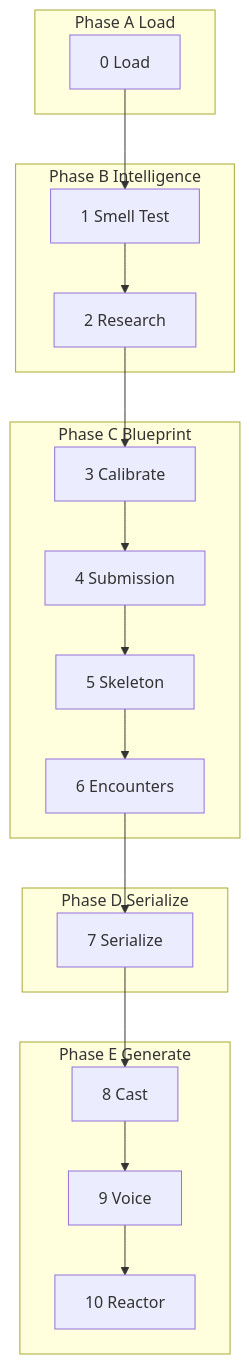
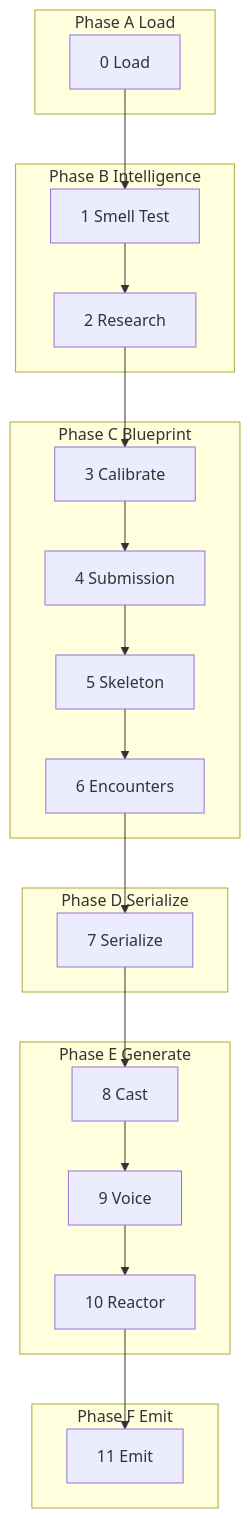
The diagram in packages/agora/src/agora/agora.md (cppalliance/wg21-paperflow), drawn with Mermaid before and after one commit. The commit also changed other lines of this file and 17 other files, not shown here.

````diff
--- a/packages/agora/src/agora/agora.md
+++ b/packages/agora/src/agora/agora.md
@@ -13,34 +15,38 @@
 ```mermaid
 flowchart TD
     subgraph load [Phase A Load]
         S0[0 Load]
     end
     subgraph intelligence [Phase B Intelligence]
         S1[1 Smell Test]
         S2[2 Research]
     end
     subgraph blueprint [Phase C Blueprint]
         S3[3 Calibrate]
         S4[4 Submission]
         S5[5 Skeleton]
         S6[6 Encounters]
     end
     subgraph serialize [Phase D Serialize]
         S7[7 Serialize]
     end
     subgraph generate [Phase E Generate]
         S8[8 Cast]
         S9[9 Voice]
         S10[10 Reactor]
     end
+    subgraph emit [Phase F Emit]
+        S11[11 Emit]
+    end
     S0 --> S1
     S1 --> S2
     S2 --> S3
     S3 --> S4
     S4 --> S5
     S5 --> S6
     S6 --> S7
     S7 --> S8
     S8 --> S9
     S9 --> S10
+    S10 --> S11
 ```
````
